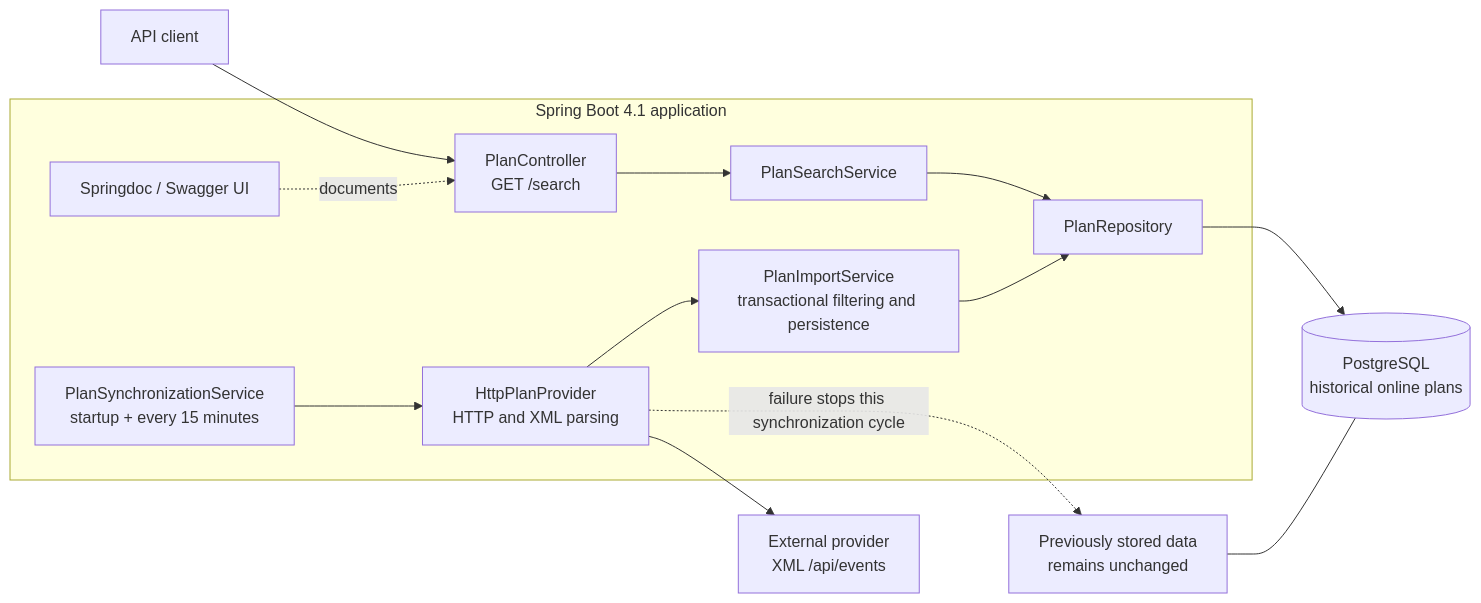
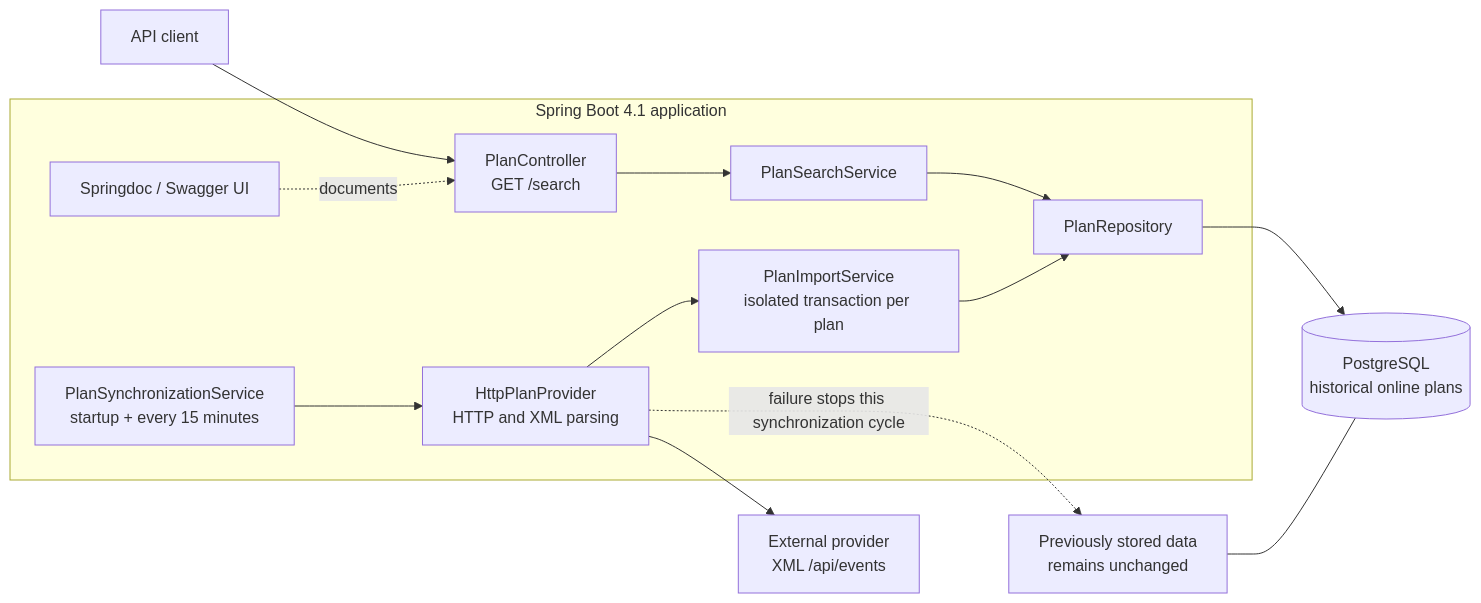
One commit to azfalot/FeverPlans changed the first of 3 diagrams in README.md. Above: the diagram before and after it, drawn with Mermaid. The commit also changed other lines of this file and 4 other files, not shown here.

Commit message:
Isolate provider plan import failures

````diff
--- a/README.md
+++ b/README.md
@@ -32,31 +32,31 @@
 ```mermaid
 flowchart LR
     Provider["External provider<br/>XML /api/events"]
 
     subgraph Application["Spring Boot 4.1 application"]
         Scheduler["PlanSynchronizationService<br/>startup + every 15 minutes"]
         HttpProvider["HttpPlanProvider<br/>HTTP and XML parsing"]
-        ImportService["PlanImportService<br/>transactional filtering and persistence"]
+        ImportService["PlanImportService<br/>isolated transaction per plan"]
         Controller["PlanController<br/>GET /search"]
         SearchService["PlanSearchService"]
         Repository["PlanRepository"]
         Swagger["Springdoc / Swagger UI"]
     end
 
     Database[("PostgreSQL<br/>historical online plans")]
     Client["API client"]
 
     Client --> Controller
     Controller --> SearchService
     SearchService --> Repository
     Repository --> Database
 
     Scheduler --> HttpProvider
     HttpProvider --> Provider
     HttpProvider --> ImportService
     ImportService --> Repository
 
     Swagger -. documents .-> Controller
     HttpProvider -. "failure stops this synchronization cycle" .-> Unchanged["Previously stored data<br/>remains unchanged"]
     Unchanged --- Database
 ```
````
